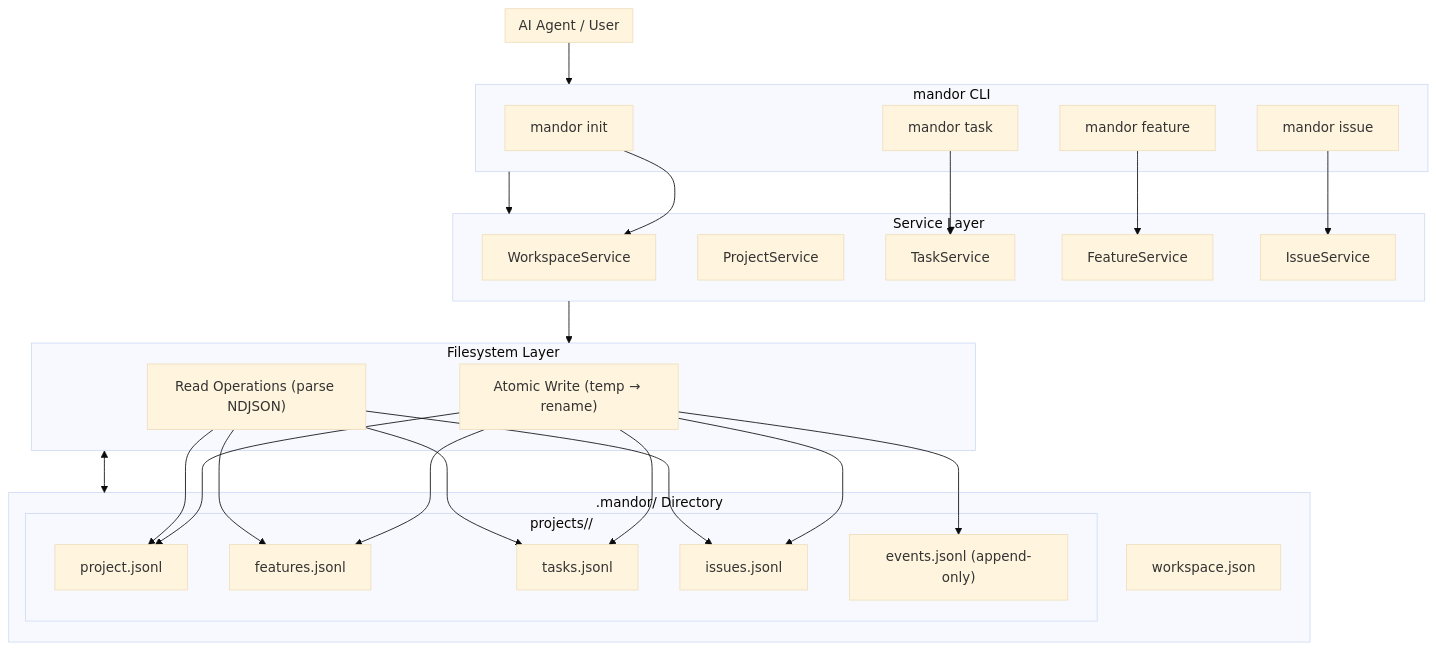
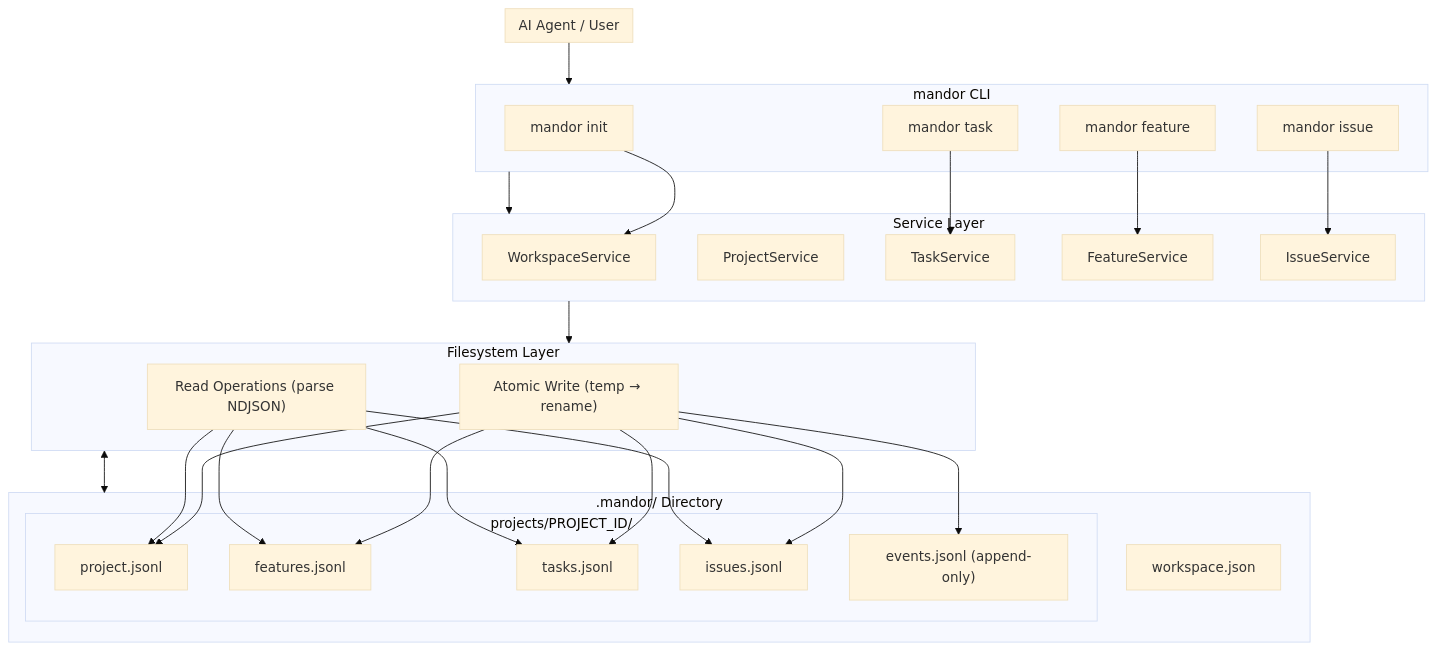
The first of 8 diagrams in README.md (sanxzy/mandor), drawn with Mermaid (base theme) before and after one commit. The commit also changed other lines of this file, not shown here.

First line of the commit message:
fix: remove angle brackets from Mermaid diagrams for GitHub compatibility

````diff
--- a/README.md
+++ b/README.md
@@ -38,56 +38,56 @@
 ```mermaid
 flowchart TB
     subgraph User["AI Agent / User"]
     end
 
     subgraph CLI["mandor CLI"]
         init["mandor init"]
         task["mandor task"]
         feature["mandor feature"]
         issue["mandor issue"]
     end
 
     subgraph Service["Service Layer"]
         WS["WorkspaceService"]
         PS["ProjectService"]
         TS["TaskService"]
         FSvc["FeatureService"]
         ISvc["IssueService"]
     end
 
     subgraph FS["Filesystem Layer"]
         AW["Atomic Write (temp → rename)"]
         RO["Read Operations (parse NDJSON)"]
     end
 
     subgraph Storage[".mandor/ Directory"]
         WSMeta["workspace.json"]
-        subgraph Projects["projects/<id>/"]
+        subgraph Projects["projects/PROJECT_ID/"]
             P["project.jsonl"]
             F["features.jsonl"]
             T["tasks.jsonl"]
             I["issues.jsonl"]
             E["events.jsonl (append-only)"]
         end
     end
 
     User --> CLI
     CLI --> Service
     Service --> FS
     FS <--> Storage
 
     init --> WS
     task --> TS
     feature --> FSvc
     issue --> ISvc
 
     AW --> P
     AW --> F
     AW --> T
     AW --> I
     AW --> E
     RO --> P
     RO --> F
     RO --> T
     RO --> I
 ```
````
